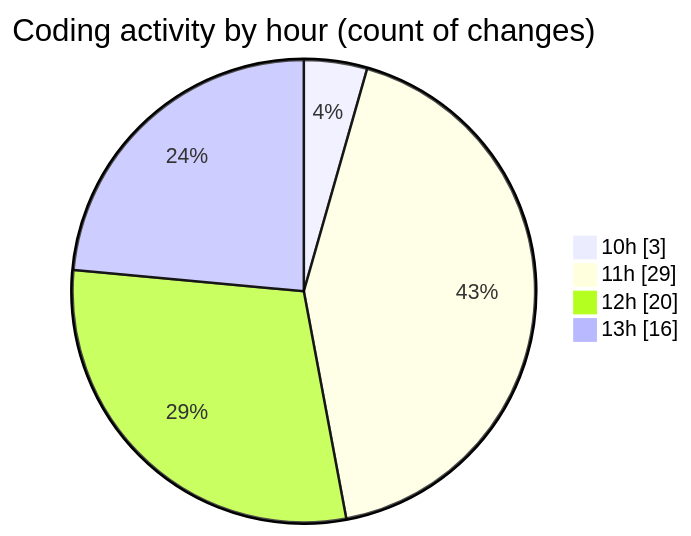
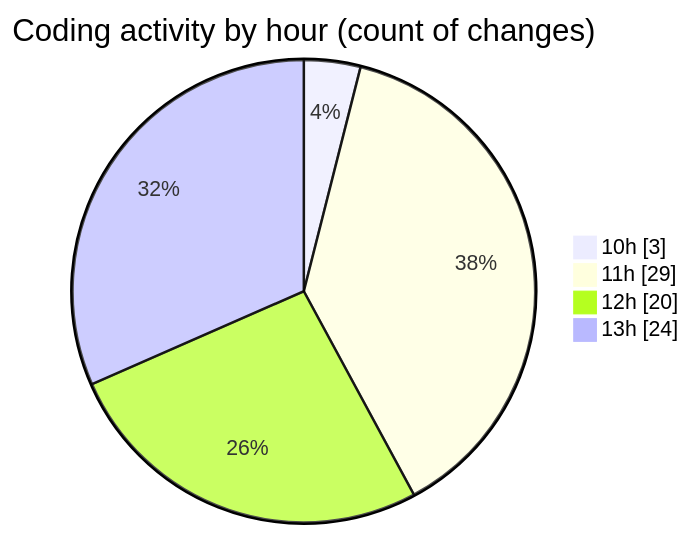
The second of 2 diagrams in 2025-08-14/ribbon/README.md (EIIisD/code-tracking), drawn with Mermaid before and after one commit. The commit also changed other lines of this file and 1 other file, not shown here.

````diff
--- a/2025-08-14/ribbon/README.md
+++ b/2025-08-14/ribbon/README.md
@@ -38,8 +40,8 @@
 ```mermaid
 pie showData
 title Coding activity by hour (count of changes)
 "10h" : 3
 "11h" : 29
 "12h" : 20
-"13h" : 16
+"13h" : 24
 ```
````
